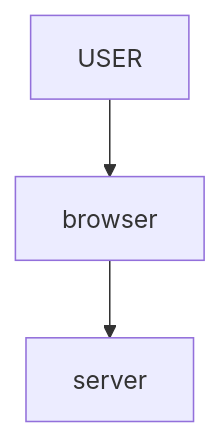
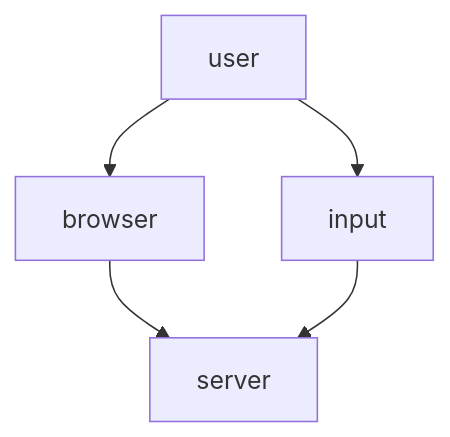
One commit to mafiadev/FullStack changed the diagram in part0/README.md. Above: the diagram before and after it, drawn with Mermaid.

````diff
--- a/part0/README.md
+++ b/part0/README.md
@@ -3,5 +3,7 @@
 ```mermaid
 graph TD;
-USER-->browser;
+user-->browser;
 browser-->server;
+user-->input;
+input-->server;
 ```
````
